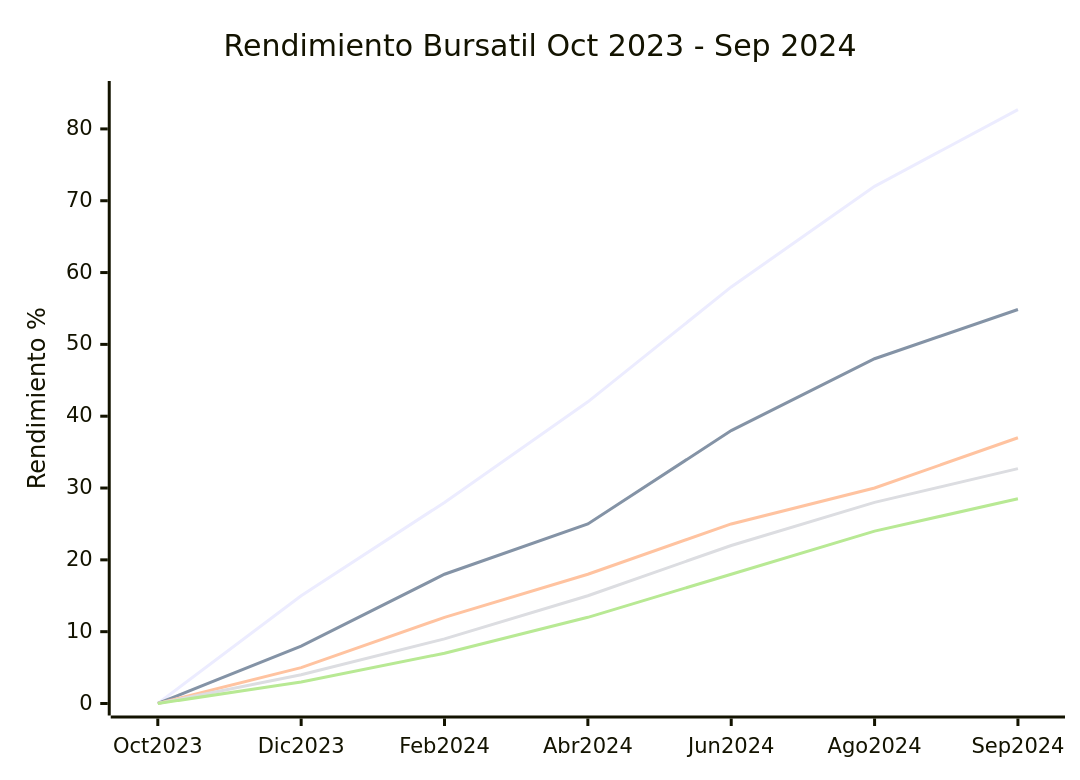
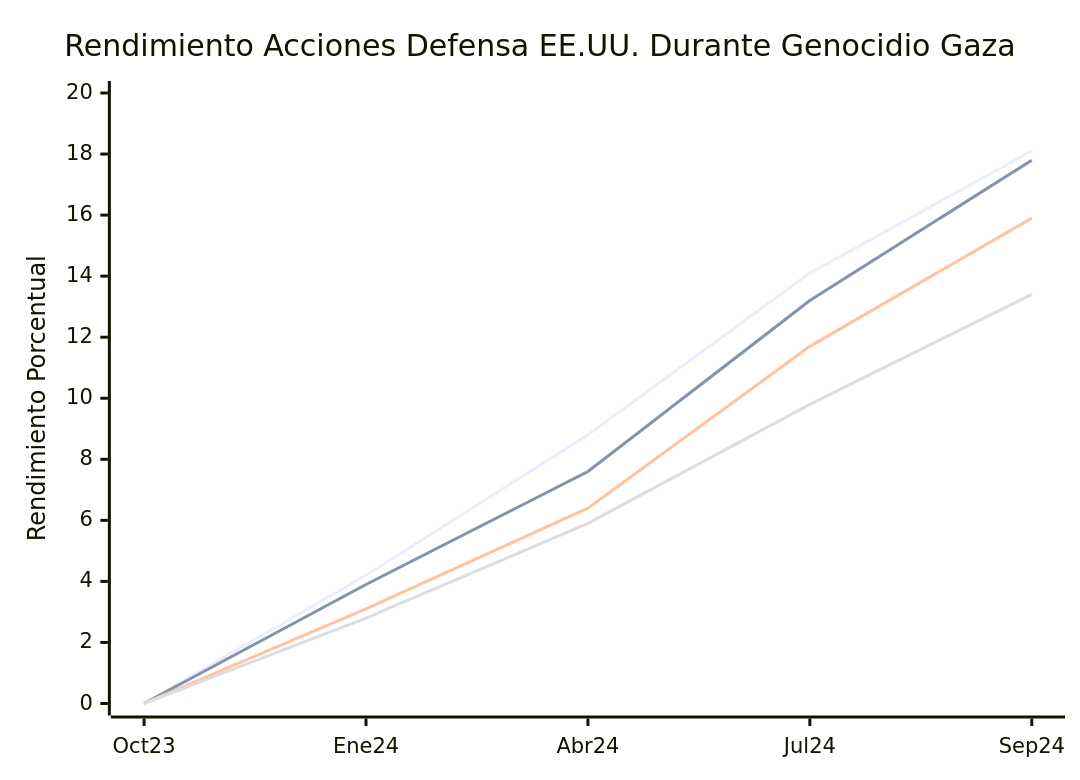
Before and after one commit to perpetuocambio/annotations: the sixth of 18 diagrams in intel/israel_geopolitical_analysis.md, drawn with Mermaid. The commit also changed other lines of this file, not shown here.

````diff
--- a/intel/israel_geopolitical_analysis.md
+++ b/intel/israel_geopolitical_analysis.md
@@ -170,11 +247,10 @@
 ```mermaid
 xychart-beta
-    title "Rendimiento Bursatil Oct 2023 - Sep 2024"
-    x-axis [Oct2023, Dic2023, Feb2024, Abr2024, Jun2024, Ago2024, Sep2024]
-    y-axis "Rendimiento %" 0 --> 85
-    line [0, 15, 28, 42, 58, 72, 82.69]
-    line [0, 8, 18, 25, 38, 48, 54.86]
-    line [0, 5, 12, 18, 25, 30, 37]
-    line [0, 4, 9, 15, 22, 28, 32.7]
-    line [0, 3, 7, 12, 18, 24, 28.5]
+    title "Rendimiento Acciones Defensa EE.UU. Durante Genocidio Gaza"
+    x-axis [Oct23, Ene24, Abr24, Jul24, Sep24]
+    y-axis "Rendimiento Porcentual" 0 --> 20
+    line [0, 4.2, 8.8, 14.1, 18.1]
+    line [0, 3.9, 7.6, 13.2, 17.8]
+    line [0, 3.1, 6.4, 11.7, 15.9]
+    line [0, 2.8, 5.9, 9.8, 13.4]
 ```
````
